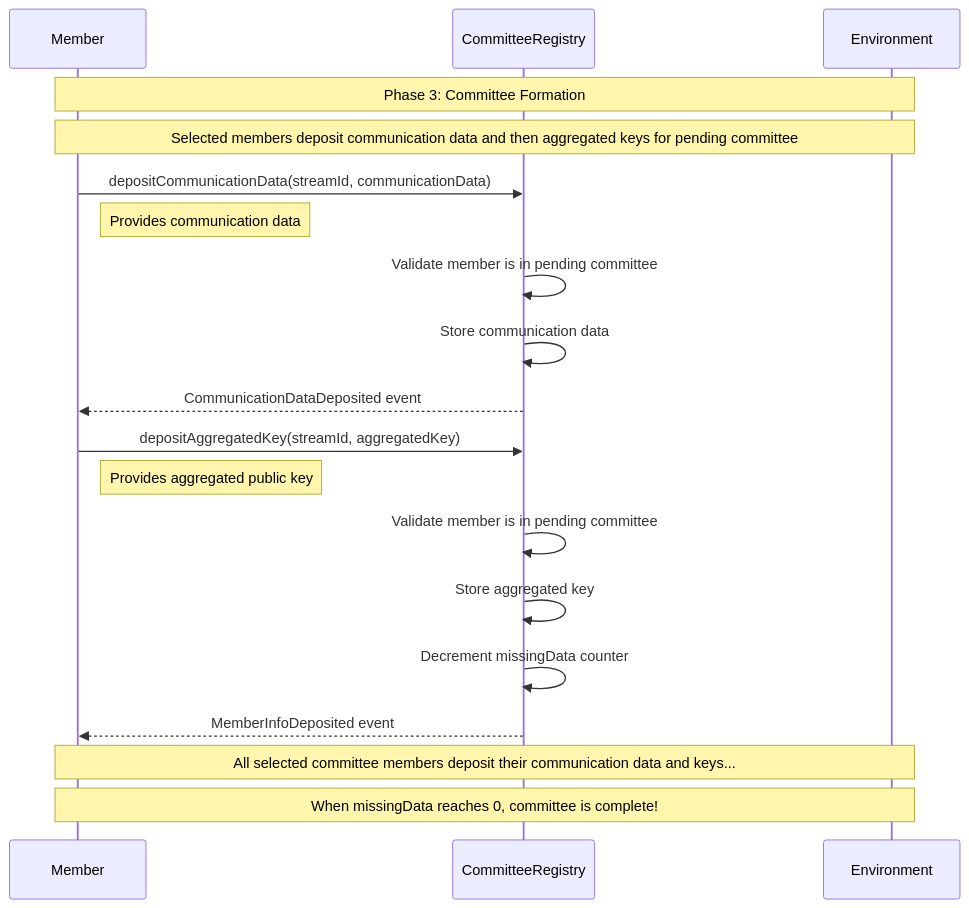
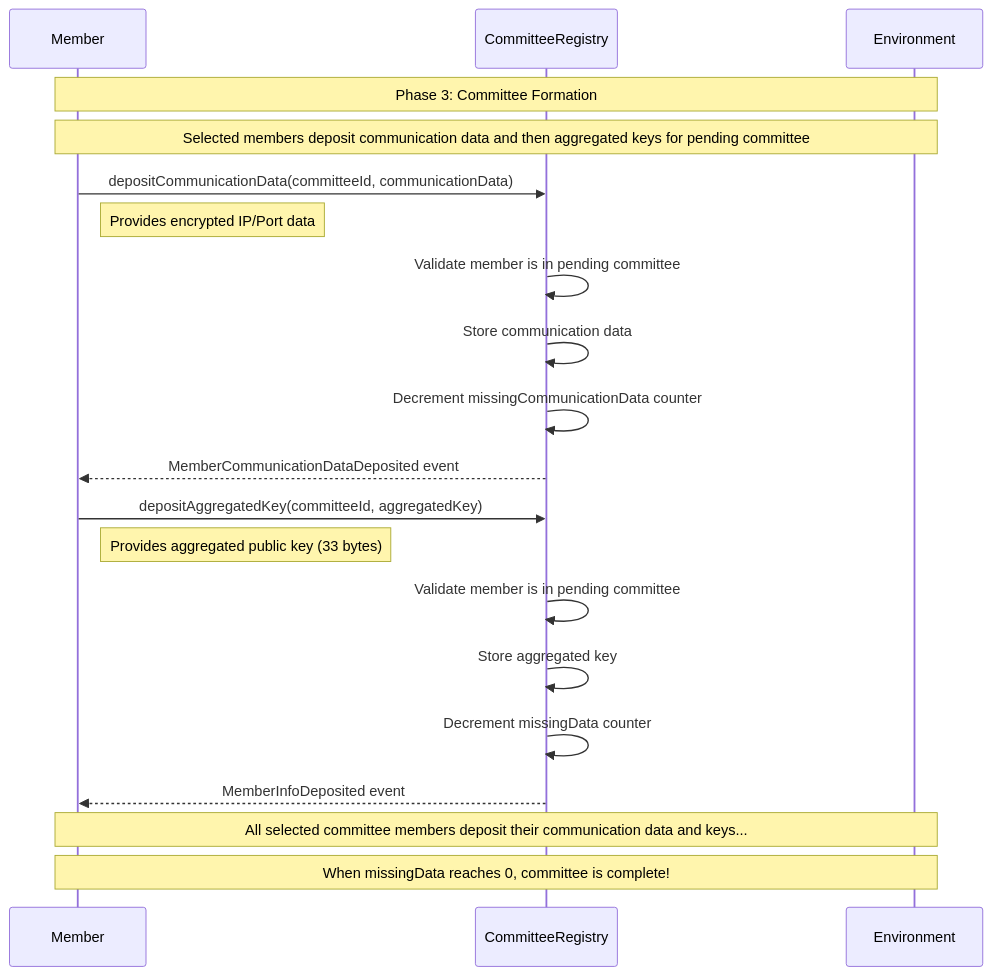
Before and after one commit to rsksmart/union-bridge-contracts: the third of 11 diagrams in README.md, drawn with Mermaid. The commit also changed other lines of this file, not shown here.

Commit message:
Update diagrams after CommitteRegistry split

````diff
--- a/README.md
+++ b/README.md
@@ -100,25 +108,26 @@
 ```mermaid
 sequenceDiagram
     participant M as Member
     participant CR as CommitteeRegistry
     participant ENV as Environment
 
     Note over M,ENV: Phase 3: Committee Formation
     Note over M,ENV: Selected members deposit communication data and then aggregated keys for pending committee
 
-    M->>CR: depositCommunicationData(streamId, communicationData)
-    Note right of M: Provides communication data
+    M->>CR: depositCommunicationData(committeeId, communicationData)
+    Note right of M: Provides encrypted IP/Port data
     CR->>CR: Validate member is in pending committee
     CR->>CR: Store communication data
-    CR-->>M: CommunicationDataDeposited event
+    CR->>CR: Decrement missingCommunicationData counter
+    CR-->>M: MemberCommunicationDataDeposited event
 
-    M->>CR: depositAggregatedKey(streamId, aggregatedKey)
-    Note right of M: Provides aggregated public key
+    M->>CR: depositAggregatedKey(committeeId, aggregatedKey)
+    Note right of M: Provides aggregated public key (33 bytes)
     CR->>CR: Validate member is in pending committee
     CR->>CR: Store aggregated key
     CR->>CR: Decrement missingData counter
     CR-->>M: MemberInfoDeposited event
 
     Note over M,ENV: All selected committee members deposit their communication data and keys...
     Note over M,ENV: When missingData reaches 0, committee is complete!
 ```
````
